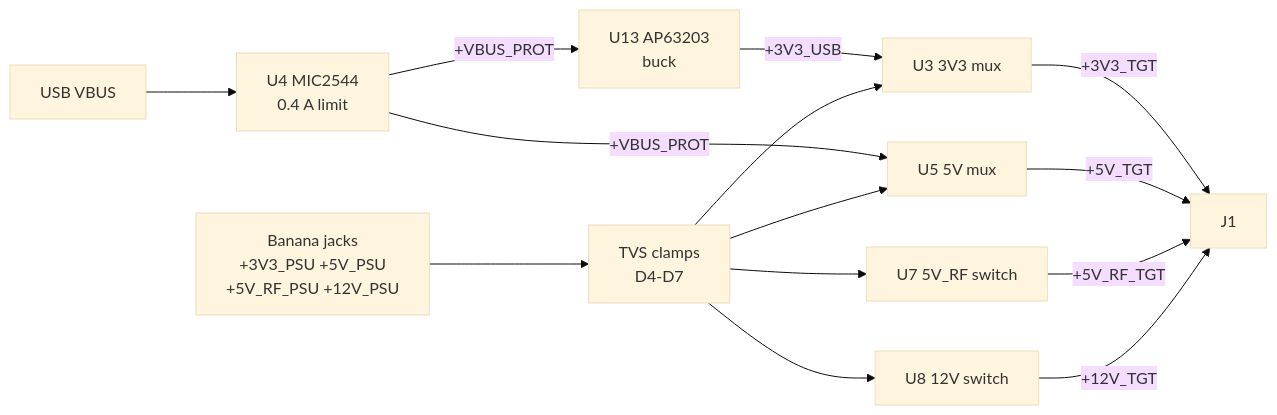
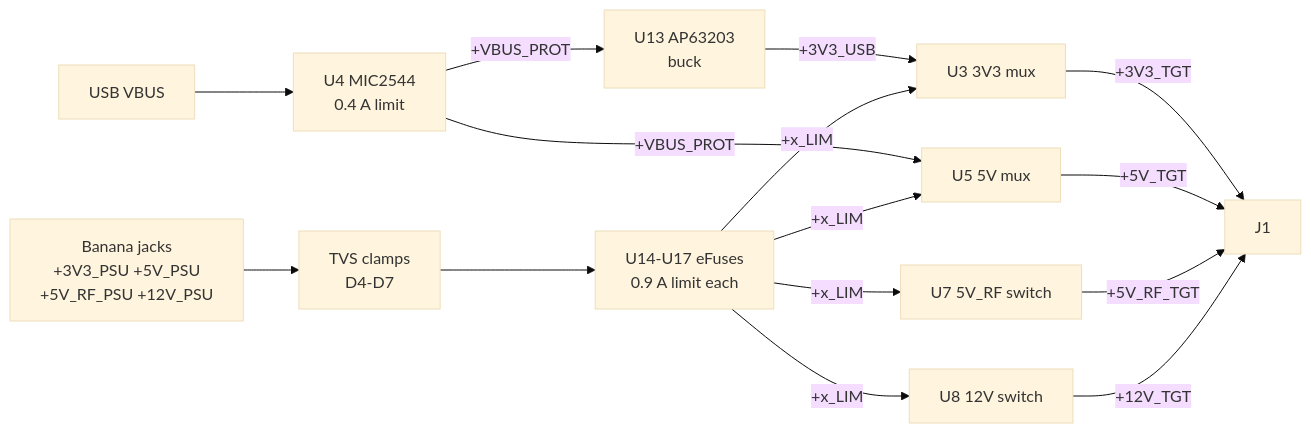
One commit to bjornhbengtsson/squid-debugger changed the first of 2 diagrams in docs/02-power-architecture.md. Above: the diagram before and after it, drawn with Mermaid (base theme). The commit also changed other lines of this file and 37 other files, not shown here.

````diff
--- a/docs/02-power-architecture.md
+++ b/docs/02-power-architecture.md
@@ -8,11 +12,11 @@
 ```mermaid
 flowchart LR
-    TP[Banana jacks<br/>+3V3_PSU +5V_PSU<br/>+5V_RF_PSU +12V_PSU] --> TVS[TVS clamps<br/>D4-D7]
+    TP[Banana jacks<br/>+3V3_PSU +5V_PSU<br/>+5V_RF_PSU +12V_PSU] --> TVS[TVS clamps<br/>D4-D7] --> EF[U14-U17 eFuses<br/>0.9 A limit each]
     VBUS[USB VBUS] --> U4[U4 MIC2544<br/>0.4 A limit] -- +VBUS_PROT --> U13[U13 AP63203<br/>buck] -- +3V3_USB --> M3
     U4 -- +VBUS_PROT --> M5
-    TVS --> M3[U3 3V3 mux] & M5[U5 5V mux] & M7[U7 5V_RF switch] & M8[U8 12V switch]
+    EF -- +x_LIM --> M3[U3 3V3 mux] & M5[U5 5V mux] & M7[U7 5V_RF switch] & M8[U8 12V switch]
     M3 -- +3V3_TGT --> J1
     M5 -- +5V_TGT --> J1
     M7 -- +5V_RF_TGT --> J1
     M8 -- +12V_TGT --> J1
 ```
````
